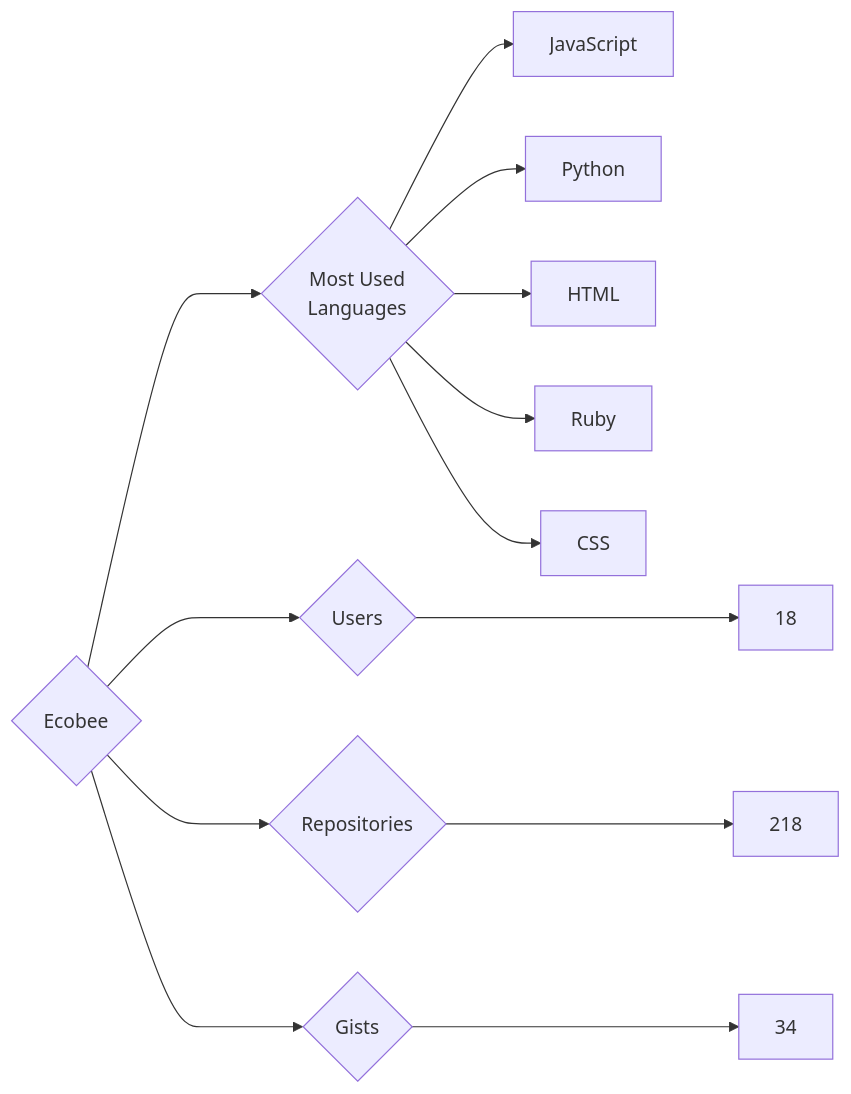
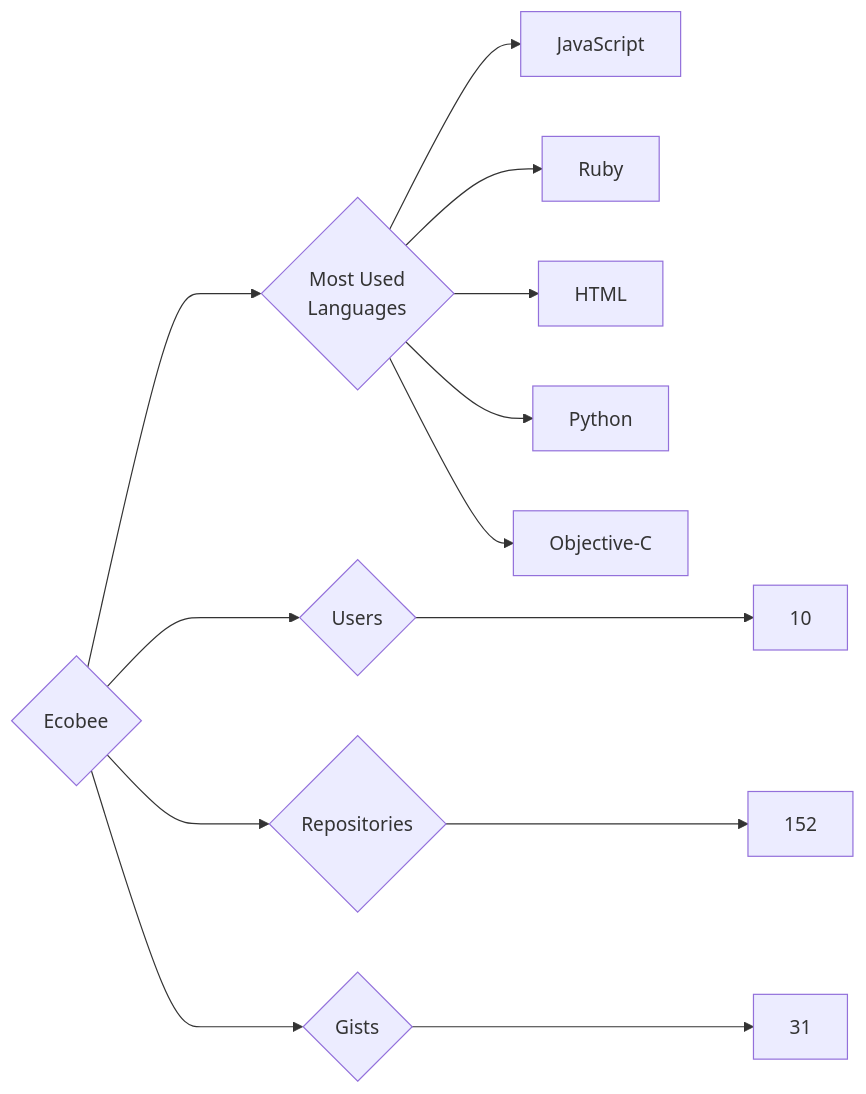
One commit to trickest/insiders changed the diagram in targets/Ecobee/README.md. Above: the diagram before and after it, drawn with Mermaid. The commit also changed 934 other files, not shown here.

````diff
--- a/targets/Ecobee/README.md
+++ b/targets/Ecobee/README.md
@@ -3,13 +3,13 @@
 ```mermaid
 graph LR
 COMPANY_NAME{Ecobee}
-COMPANY_NAME ---> U{Users} ---> UN[18]
-COMPANY_NAME ---> R{Repositories} ---> RN[218]
-COMPANY_NAME ---> G{Gists} ---> GN[34]
+COMPANY_NAME ---> U{Users} ---> UN[10]
+COMPANY_NAME ---> R{Repositories} ---> RN[152]
+COMPANY_NAME ---> G{Gists} ---> GN[31]
 COMPANY_NAME ---> ML{Most Used<br>Languages}
 ML --> JavaScript[JavaScript]
+ML --> Ruby[Ruby]
+ML --> HTML[HTML]
 ML --> Python[Python]
-ML --> HTML[HTML]
-ML --> Ruby[Ruby]
-ML --> CSS[CSS]
+ML --> Objective-C[Objective-C]
 ```
````
